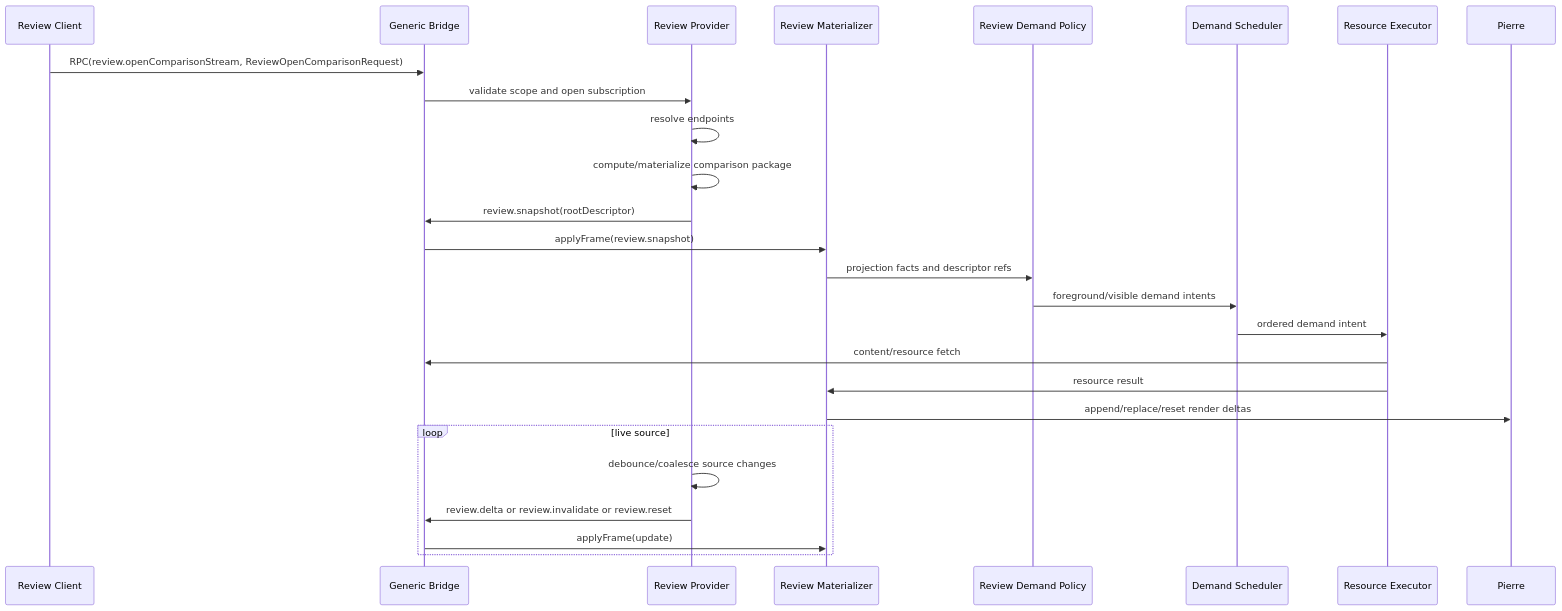
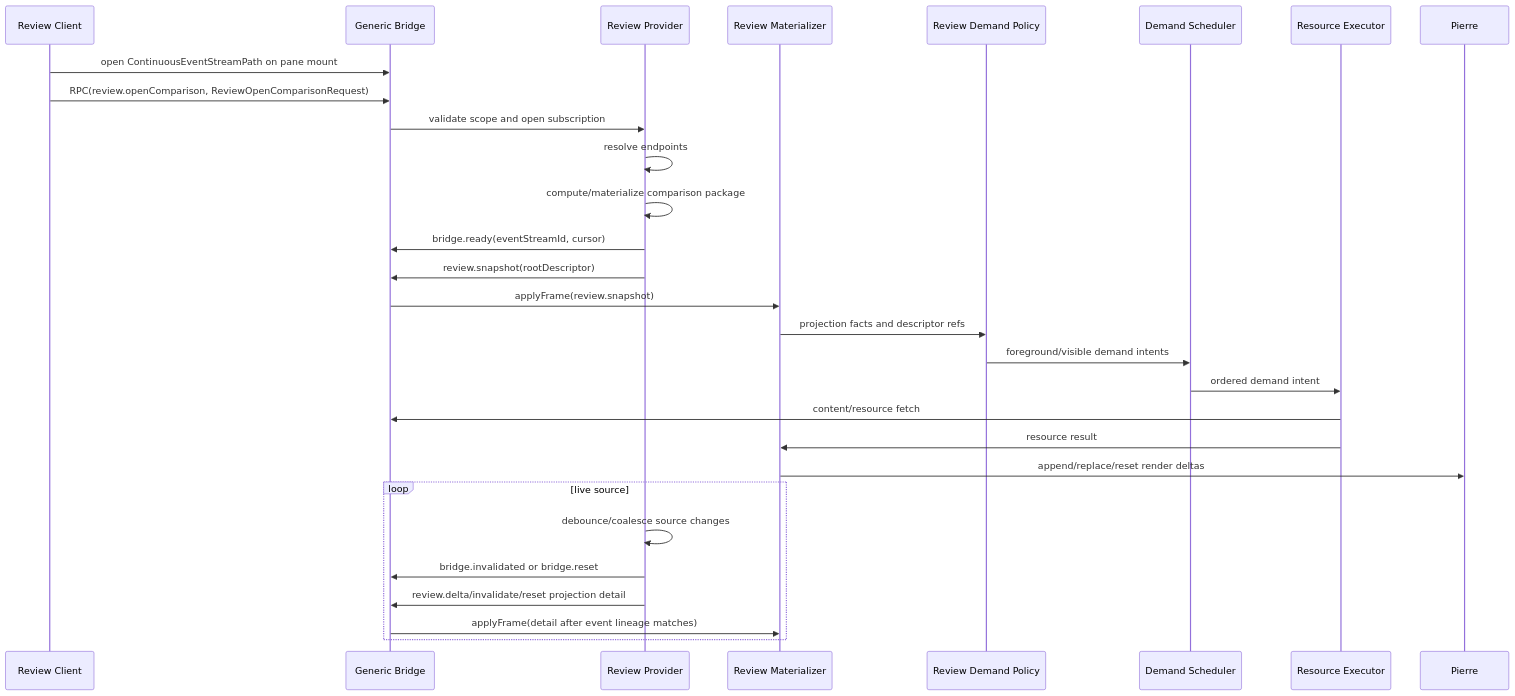
One commit to ShravanSunder/agentstudio changed the diagram in tmp/spec-workflows/2026-06-22-bridge-transport-streaming-spec/review-protocol.md. Above: the diagram before and after it, drawn with Mermaid. The commit also changed other lines of this file and 9 other files, not shown here.

````diff
--- a/tmp/spec-workflows/2026-06-22-bridge-transport-streaming-spec/review-protocol.md
+++ b/tmp/spec-workflows/2026-06-22-bridge-transport-streaming-spec/review-protocol.md
@@ -352,29 +399,32 @@
 ```mermaid
 sequenceDiagram
   participant Browser as Review Client
   participant Bridge as Generic Bridge
   participant Provider as Review Provider
   participant Mat as Review Materializer
   participant Policy as Review Demand Policy
   participant Sched as Demand Scheduler
   participant Exec as Resource Executor
   participant Pierre as Pierre
 
-  Browser->>Bridge: RPC(review.openComparisonStream, ReviewOpenComparisonRequest)
+  Browser->>Bridge: open ContinuousEventStreamPath on pane mount
+  Browser->>Bridge: RPC(review.openComparison, ReviewOpenComparisonRequest)
   Bridge->>Provider: validate scope and open subscription
   Provider->>Provider: resolve endpoints
   Provider->>Provider: compute/materialize comparison package
+  Provider->>Bridge: bridge.ready(eventStreamId, cursor)
   Provider->>Bridge: review.snapshot(rootDescriptor)
   Bridge->>Mat: applyFrame(review.snapshot)
   Mat->>Policy: projection facts and descriptor refs
   Policy->>Sched: foreground/visible demand intents
   Sched->>Exec: ordered demand intent
   Exec->>Bridge: content/resource fetch
   Exec->>Mat: resource result
   Mat->>Pierre: append/replace/reset render deltas
   loop live source
     Provider->>Provider: debounce/coalesce source changes
-    Provider->>Bridge: review.delta or review.invalidate or review.reset
-    Bridge->>Mat: applyFrame(update)
+    Provider->>Bridge: bridge.invalidated or bridge.reset
+    Provider->>Bridge: review.delta/invalidate/reset projection detail
+    Bridge->>Mat: applyFrame(detail after event lineage matches)
   end
 ```
````
